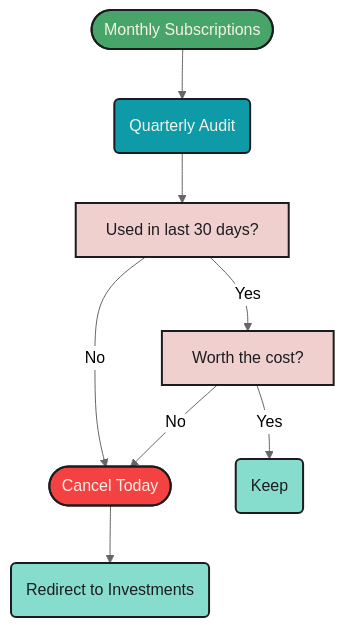
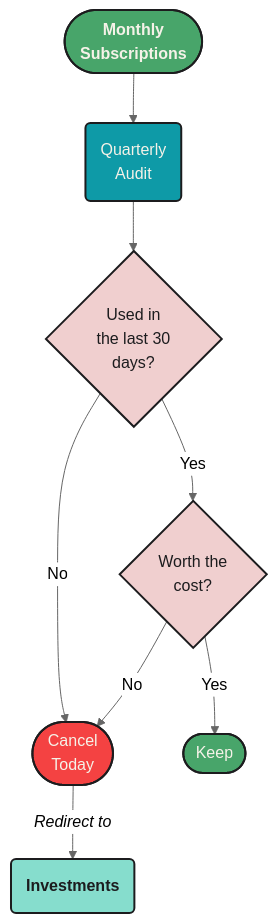
The second of 2 diagrams in tracking_spending.qmd (mjfrigaard/fm-finance), drawn with Mermaid before and after one commit. The commit also changed other lines of this file, not shown here.

````diff
--- a/tracking_spending.qmd
+++ b/tracking_spending.qmd
@@ -572,22 +566,23 @@
 ```{mermaid}
 %%| fig-cap: 'Subscription Audit'
 %%| fig-align: center
 %%{init: {'theme': 'neutral', 'themeVariables': { 'fontFamily': 'monospace', "fontSize":"16px"}}}%%
 
 flowchart TD
-    Subscriptions(["Monthly Subscriptions"]) --> Audit("Quarterly Audit")
-    Audit --> Use["Used in last 30 days?"]
-    Use -->|Yes| Worth["Worth the cost?"]
-    Use -->|No| Cancel(["Cancel Today"])
-    Worth -->|Yes| Keep("Keep")
+    Subscriptions(["<strong>Monthly<br>Subscriptions</strong>"]) --> Audit("Quarterly<br>Audit")
+    Audit --> Use{"Used in<br>the last 30<br>days?"}
+    Use -->|Yes| Worth{"Worth the<br>cost?"}
+    Use -->|No| Cancel(["Cancel<br>Today"])
+    Worth -->|Yes| Keep(["Keep"])
     Worth -->|No| Cancel
-    Cancel --> Redirect("Redirect to Investments")
+    Cancel --"<em>Redirect to</em>"--> Redirect("<strong>Investments</strong>")
     
     style Subscriptions fill:#48a56a,color:#F5F2E8,stroke:#1C1C1E,stroke-width:2px
     style Audit fill:#0e9aa7,color:#F5F2E8,stroke:#1C1C1E,stroke-width:2px
     style Use fill:#f0cfcf,color:#1C1C1E,stroke:#1C1C1E,stroke-width:2px
     style Worth fill:#f0cfcf,color:#1C1C1E,stroke:#1C1C1E,stroke-width:2px
     style Cancel fill:#f44242,color:#F5F2E8,stroke:#1C1C1E,stroke-width:2px
-    style Keep fill:#86ddcd,color:#1C1C1E,stroke:#1C1C1E,stroke-width:2px
+    style Keep fill:#48a56a,color:#F5F2E8,stroke:#1C1C1E,stroke-width:2px
     style Redirect fill:#86ddcd,color:#1C1C1E,stroke:#1C1C1E,stroke-width:2px
+    
 ```
````
